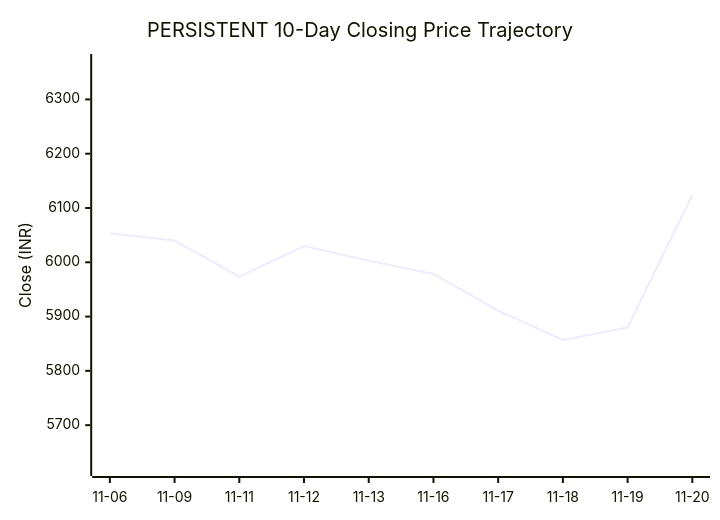
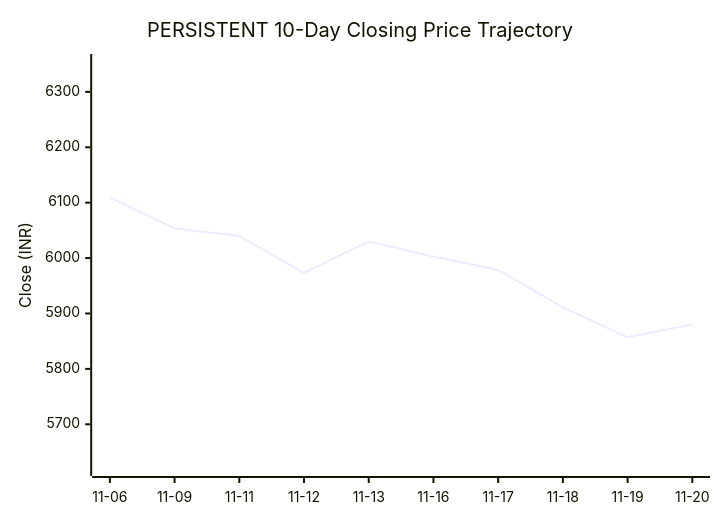
Before and after one commit to purnareddy9/dev: the second of 3 diagrams in market-intelligence/stocks/PERSISTENT/README.md, drawn with Mermaid. The commit also changed other lines of this file and 3 other files, not shown here.

````diff
--- a/market-intelligence/stocks/PERSISTENT/README.md
+++ b/market-intelligence/stocks/PERSISTENT/README.md
@@ -95,7 +95,7 @@
 ```mermaid
 xychart-beta
     title "PERSISTENT 10-Day Closing Price Trajectory"
     x-axis ["11-06", "11-09", "11-11", "11-12", "11-13", "11-16", "11-17", "11-18", "11-19", "11-20"]
-    y-axis "Close (INR)" 5622 --> 6368
-    line [6053.5, 6040.0, 5973.5, 6030.0, 6003.0, 5978.5, 5911.0, 5857.0, 5880.0, 6124.0]
+    y-axis "Close (INR)" 5622 --> 6353
+    line [6109.5, 6053.5, 6040.0, 5973.5, 6030.0, 6003.0, 5978.5, 5911.0, 5857.0, 5880.0]
 ```
````
